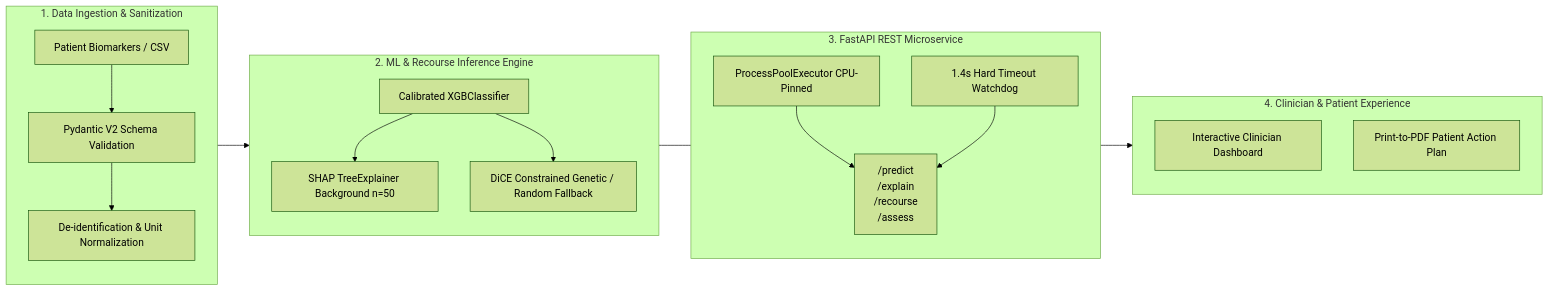
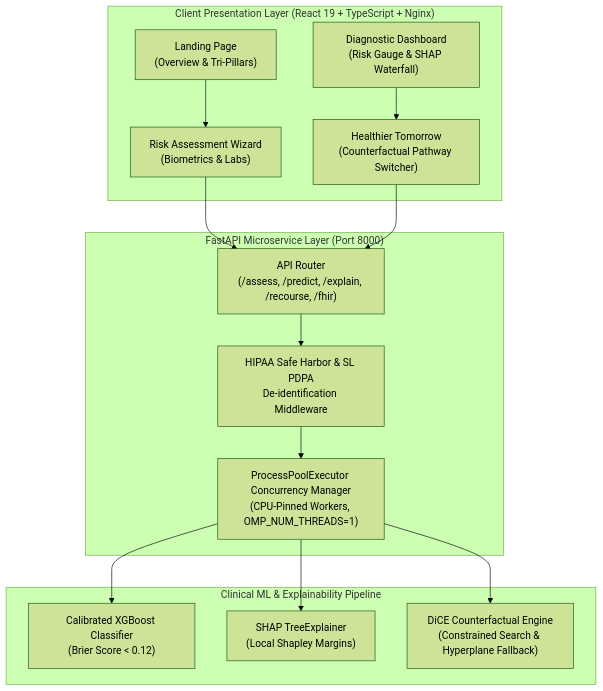
The diagram in README.md (codesplash26-hackathon/axiora), drawn with Mermaid (forest theme) before and after one commit. The commit also changed other lines of this file, not shown here.

````diff
--- a/README.md
+++ b/README.md
@@ -56,30 +109,28 @@
 ```mermaid
-graph LR
-    subgraph DataIngestion [1. Data Ingestion & Sanitization]
-        direction TB
-        Raw[Patient Biomarkers / CSV] --> Validate[Pydantic V2 Schema Validation]
-        Validate --> Sanitize[De-identification & Unit Normalization]
+graph TD
+    subgraph UI ["Client Presentation Layer (React 19 + TypeScript + Nginx)"]
+        Landing["Landing Page<br/>(Overview & Tri-Pillars)"]
+        Wizard["Risk Assessment Wizard<br/>(Biometrics & Labs)"]
+        Results["Diagnostic Dashboard<br/>(Risk Gauge & SHAP Waterfall)"]
+        Recourse["Healthier Tomorrow<br/>(Counterfactual Pathway Switcher)"]
     end
 
-    subgraph MLEngine [2. ML & Recourse Inference Engine]
-        direction TB
-        Sanitize --> XGB[Calibrated XGBClassifier]
-        XGB --> SHAP[SHAP TreeExplainer Background n=50]
-        XGB --> DiCE[DiCE Constrained Genetic / Random Fallback]
+    subgraph API ["FastAPI Microservice Layer (Port 8000)"]
+        PrivacyEdge["HIPAA Safe Harbor & SL PDPA<br/>De-identification Middleware"]
+        Router["API Router<br/>(/assess, /predict, /explain, /recourse, /fhir)"]
+        Pool["ProcessPoolExecutor Concurrency Manager<br/>(CPU-Pinned Workers, OMP_NUM_THREADS=1)"]
     end
 
-    subgraph BackendAPI [3. FastAPI REST Microservice]
-        direction TB
-        ProcessPool[ProcessPoolExecutor CPU-Pinned] --> Endpoints["/predict<br/>/explain<br/>/recourse<br/>/assess"]
-        Watchdog[1.4s Hard Timeout Watchdog] --> Endpoints
+    subgraph ML ["Clinical ML & Explainability Pipeline"]
+        XGB["Calibrated XGBoost Classifier<br/>(Brier Score < 0.12)"]
+        SHAP["SHAP TreeExplainer<br/>(Local Shapley Margins)"]
+        DiCE["DiCE Counterfactual Engine<br/>(Constrained Search & Hyperplane Fallback)"]
     end
 
-    subgraph Presentation [4. Clinician & Patient Experience]
-        direction TB
-        Dashboard[Interactive Clinician Dashboard]
-        Report[Print-to-PDF Patient Action Plan]
-    end
-
-    MLEngine --- BackendAPI
-    BackendAPI --> Presentation
+    Landing --> Wizard --> Router
+    Results --> Recourse --> Router
+    Router --> PrivacyEdge --> Pool
+    Pool --> XGB
+    Pool --> SHAP
+    Pool --> DiCE
 ```
````
